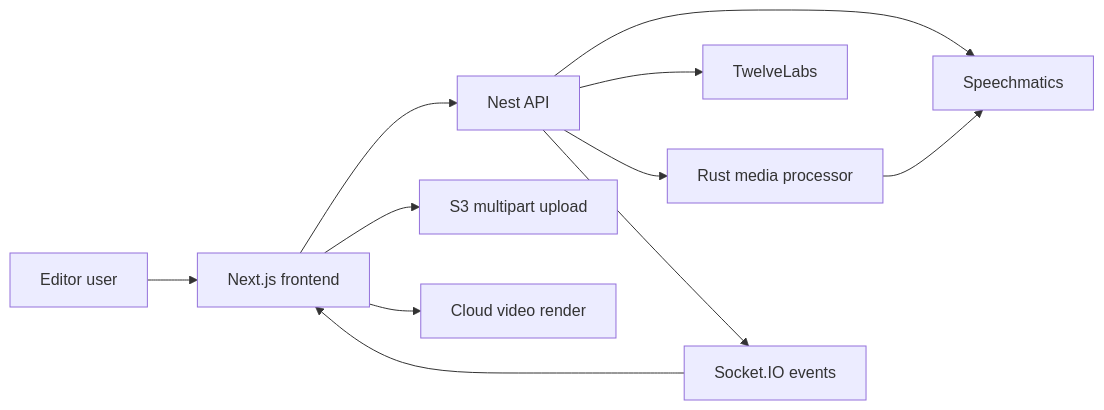
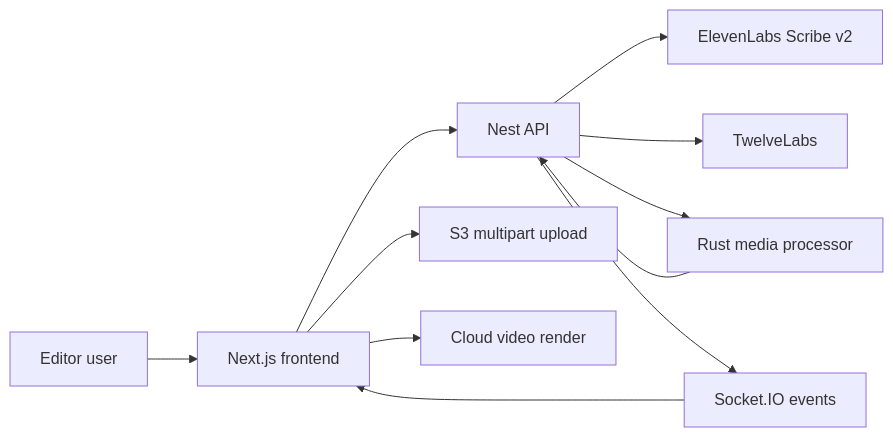
The diagram in README.md (Dodjiq/Edith), drawn with Mermaid before and after one commit. The commit also changed other lines of this file and 62 other files, not shown here.

````diff
--- a/README.md
+++ b/README.md
@@ -34,13 +34,13 @@
 ```mermaid
 flowchart LR
   User["Editor user"] --> Frontend["Next.js frontend"]
   Frontend --> Api["Nest API"]
   Frontend --> S3["S3 multipart upload"]
-  Api --> Speechmatics["Speechmatics"]
+  Api --> ElevenLabs["ElevenLabs Scribe v2"]
   Api --> TwelveLabs["TwelveLabs"]
   Api --> Media["Rust media processor"]
-  Media --> Speechmatics
+  Media --> Api
   Api --> Realtime["Socket.IO events"]
   Realtime --> Frontend
   Frontend --> Render["Cloud video render"]
 ```
````
